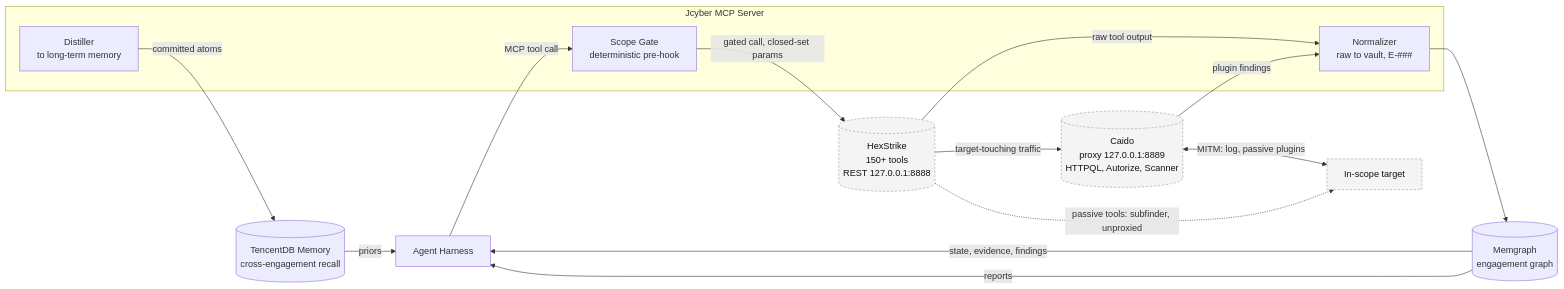
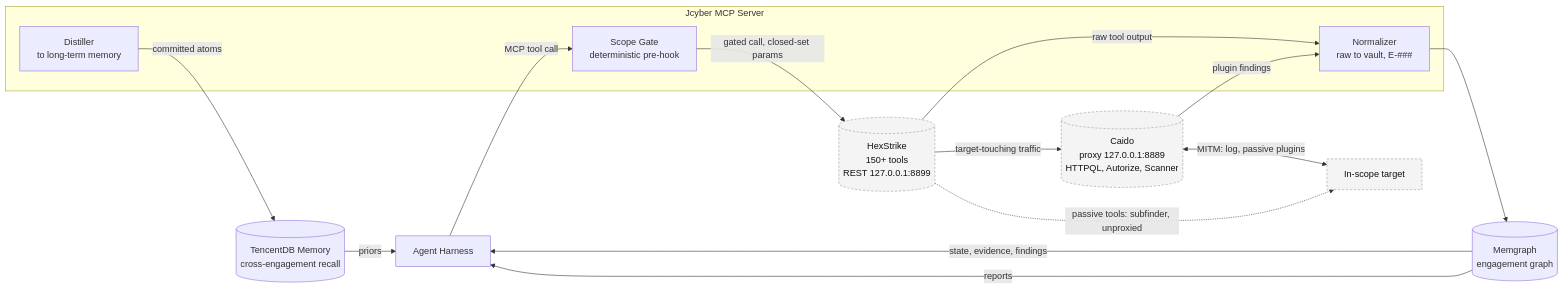
Before and after one commit to undeemed/Jcyber: the diagram in PLAN.md, drawn with Mermaid. The commit also changed other lines of this file and 7 other files, not shown here.

````diff
--- a/PLAN.md
+++ b/PLAN.md
@@ -31,32 +31,32 @@
 ```mermaid
 flowchart LR
   OP[Agent Harness]
   TG[In-scope target]
 
   subgraph JCYBER[Jcyber MCP Server]
     SCOPE[Scope Gate<br/>deterministic pre-hook]
     NORM[Normalizer<br/>raw to vault, E-###]
     LEARN[Distiller<br/>to long-term memory]
   end
 
-  HX[("HexStrike<br/>150+ tools<br/>REST 127.0.0.1:8888")]
+  HX[("HexStrike<br/>150+ tools<br/>REST 127.0.0.1:8899")]
   CD[("Caido<br/>proxy 127.0.0.1:8889<br/>HTTPQL, Autorize, Scanner")]
   MG[("Memgraph<br/>engagement graph")]
   TD[("TencentDB Memory<br/>cross-engagement recall")]
 
   OP -->|MCP tool call| SCOPE
   SCOPE -->|gated call, closed-set params| HX
   HX -->|target-touching traffic| CD
   CD <-->|MITM: log, passive plugins| TG
   HX -.->|passive tools: subfinder, unproxied| TG
   HX -->|raw tool output| NORM
   CD -->|plugin findings| NORM
   NORM --> MG
   MG -->|state, evidence, findings| OP
   TD -->|priors| OP
   LEARN -->|committed atoms| TD
   MG -->|reports| OP
 
   classDef infra fill:#f4f4f4,stroke:#999,stroke-dasharray:4 3,color:#111
   class HX,CD,TG infra
 ```
````
